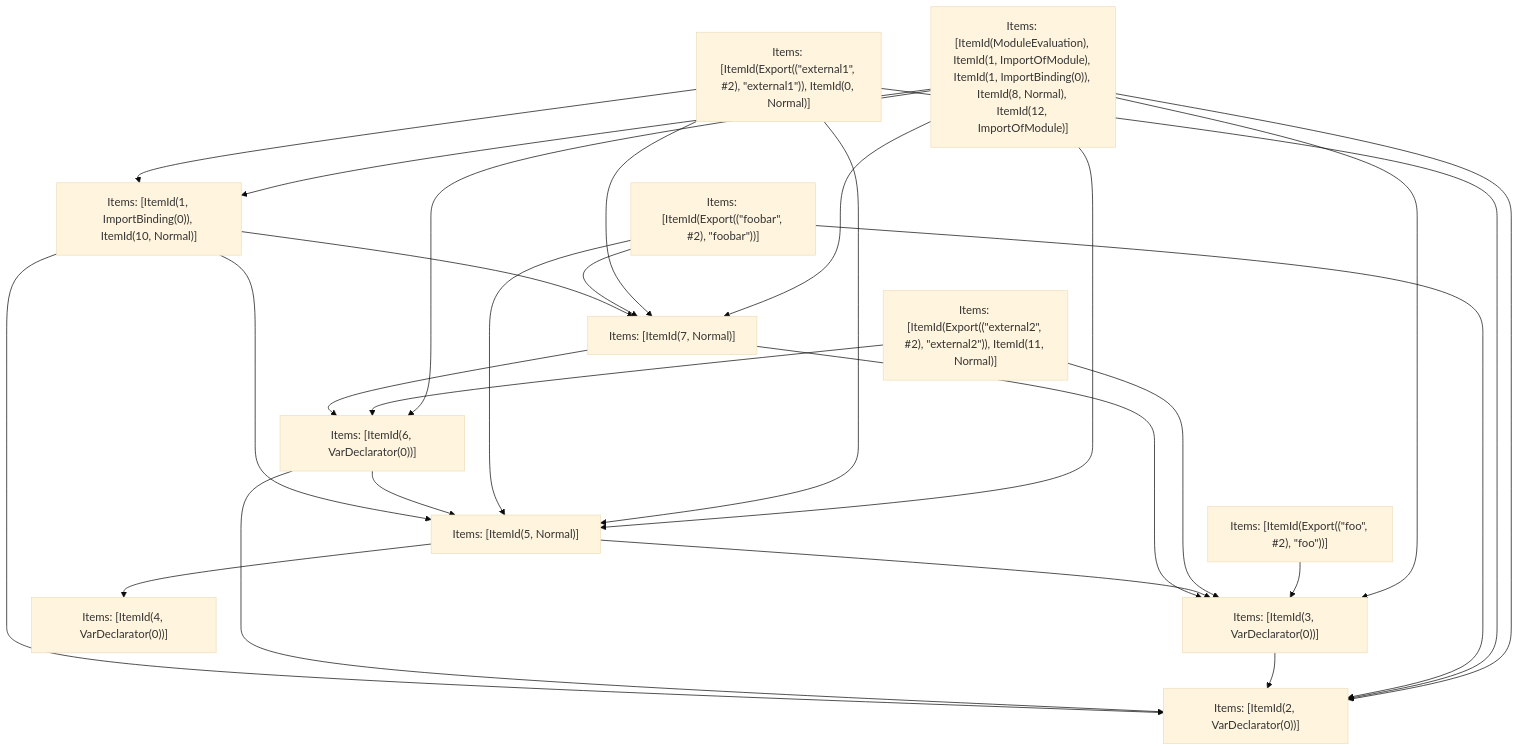
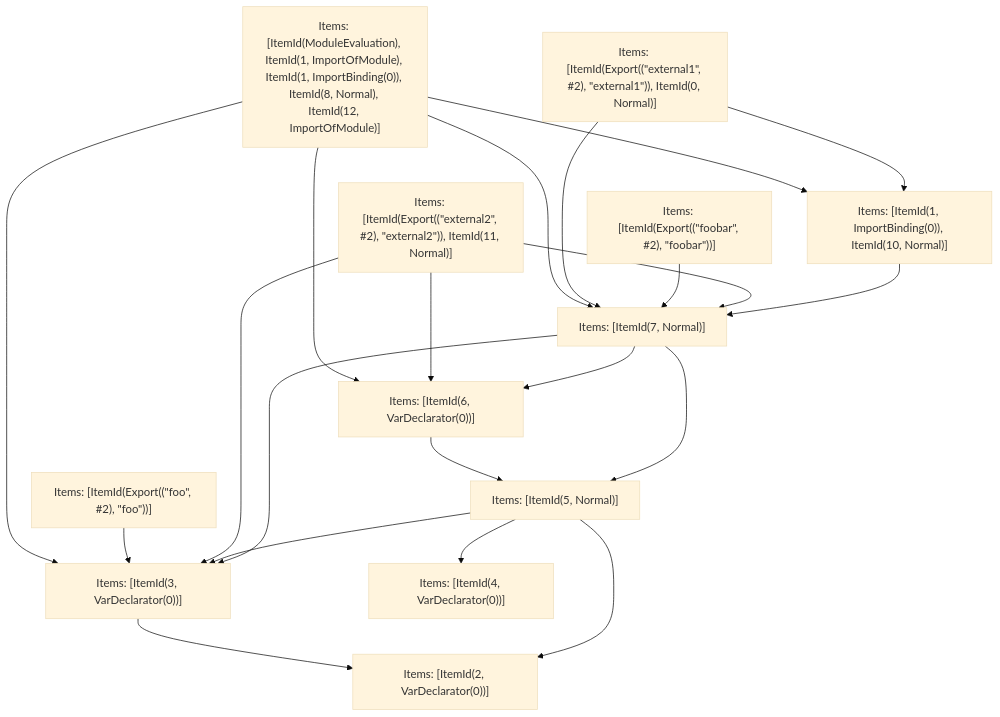
The fifth of 5 diagrams in crates/turbopack-ecmascript/tests/tree-shaker/analyzer/2/output.md (vercel/turborepo), drawn with Mermaid (base theme) before and after one commit. The commit also changed other lines of this file and 3 other files, not shown here.

````diff
--- a/crates/turbopack-ecmascript/tests/tree-shaker/analyzer/2/output.md
+++ b/crates/turbopack-ecmascript/tests/tree-shaker/analyzer/2/output.md
@@ -354,41 +348,35 @@
 ```mermaid
 graph TD
     N0["Items: [ItemId(ModuleEvaluation), ItemId(1, ImportOfModule), ItemId(1, ImportBinding(0)), ItemId(8, Normal), ItemId(12, ImportOfModule)]"];
     N1["Items: [ItemId(Export((&quot;external1&quot;, #2), &quot;external1&quot;)), ItemId(0, Normal)]"];
     N2["Items: [ItemId(Export((&quot;foobar&quot;, #2), &quot;foobar&quot;))]"];
     N3["Items: [ItemId(Export((&quot;foo&quot;, #2), &quot;foo&quot;))]"];
     N4["Items: [ItemId(Export((&quot;external2&quot;, #2), &quot;external2&quot;)), ItemId(11, Normal)]"];
     N5["Items: [ItemId(2, VarDeclarator(0))]"];
     N6["Items: [ItemId(3, VarDeclarator(0))]"];
     N7["Items: [ItemId(4, VarDeclarator(0))]"];
     N8["Items: [ItemId(5, Normal)]"];
     N9["Items: [ItemId(6, VarDeclarator(0))]"];
     N10["Items: [ItemId(7, Normal)]"];
     N11["Items: [ItemId(1, ImportBinding(0)), ItemId(10, Normal)]"];
     N0 --> N9;
     N0 --> N11;
-    N0 --> N5;
-    N0 --> N8;
     N0 --> N10;
     N0 --> N6;
     N1 --> N11;
-    N1 --> N5;
-    N1 --> N8;
     N1 --> N10;
-    N2 --> N5;
-    N2 --> N8;
     N2 --> N10;
     N3 --> N6;
     N4 --> N6;
     N4 --> N9;
+    N4 --> N10;
     N6 --> N5;
     N8 --> N7;
+    N8 --> N5;
     N8 --> N6;
-    N9 --> N5;
     N9 --> N8;
+    N10 --> N8;
     N10 --> N6;
     N10 --> N9;
-    N11 --> N5;
-    N11 --> N8;
     N11 --> N10;
 ```
````
